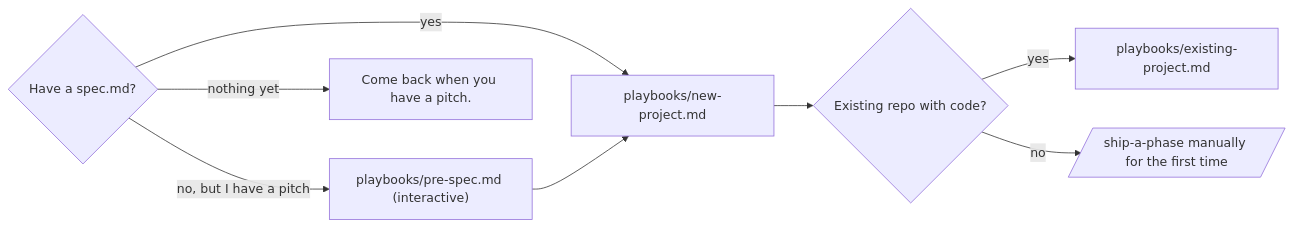
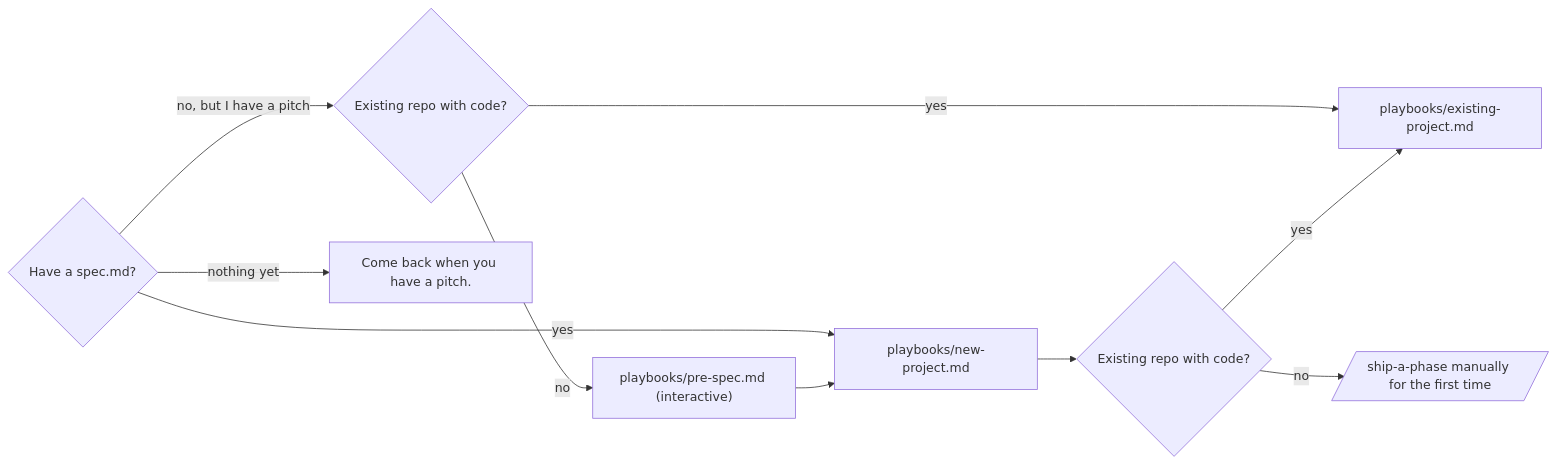
Before and after one commit to daretodave/nexus: the diagram in README.md, drawn with Mermaid. The commit also changed 2 other files, not shown here.

Commit message:
fix: README diagram routed existing-code repos into pre-spec.md
Critique pass 26's MED row: the "Three paths to start" mermaid
diagram's only gate before pre-spec.md was "Have a spec.md?" --
a "no, but I have a pitch" answer went straight to pre-spec.md
regardless of existing code, but pre-spec.md itself disqualifies
that exact case ("the repo has existing code and history, use
existing-project.md instead").

Diagram now checks "Existing repo with code?" right after the
pitch branch, before pre-spec.md -- "no spec, existing code"
routes straight to existing-project.md; only "no spec, no code"
still reaches the interview.

Cloud-Run: https://github.com/daretodave/nexus/actions/runs/38526067286

````diff
--- a/README.md
+++ b/README.md
@@ -274,10 +274,12 @@
 ```mermaid
 flowchart LR
   spec{Have a spec.md?} -- yes --> green["playbooks/new-project.md"]
-  spec -- "no, but I have a pitch" --> presp["playbooks/pre-spec.md (interactive)"]
+  spec -- "no, but I have a pitch" --> pitch_check{Existing repo with code?}
   spec -- nothing yet --> think[Come back when you have a pitch.]
+  pitch_check -- yes --> brown["playbooks/existing-project.md"]
+  pitch_check -- no --> presp["playbooks/pre-spec.md (interactive)"]
   presp --> green
   green --> brown_check{Existing repo with code?}
-  brown_check -- yes --> brown["playbooks/existing-project.md"]
+  brown_check -- yes --> brown
   brown_check -- no --> ship[/ship-a-phase manually for the first time/]
 ```
````
